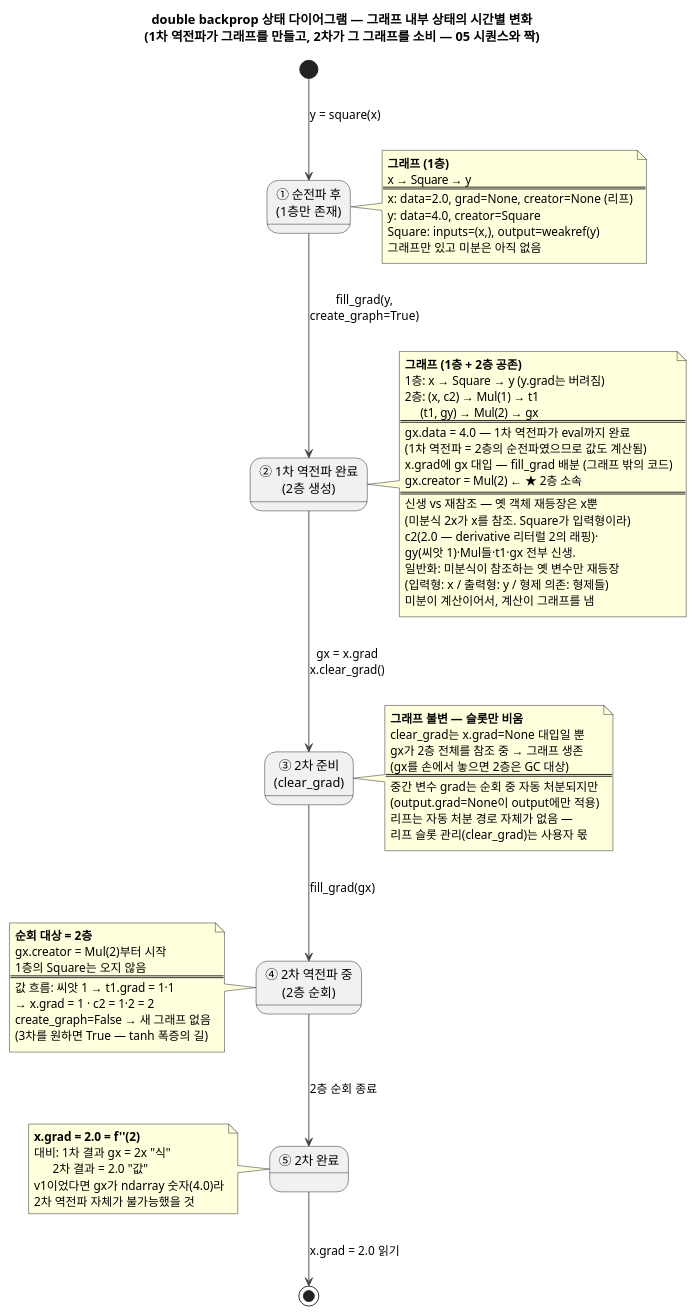
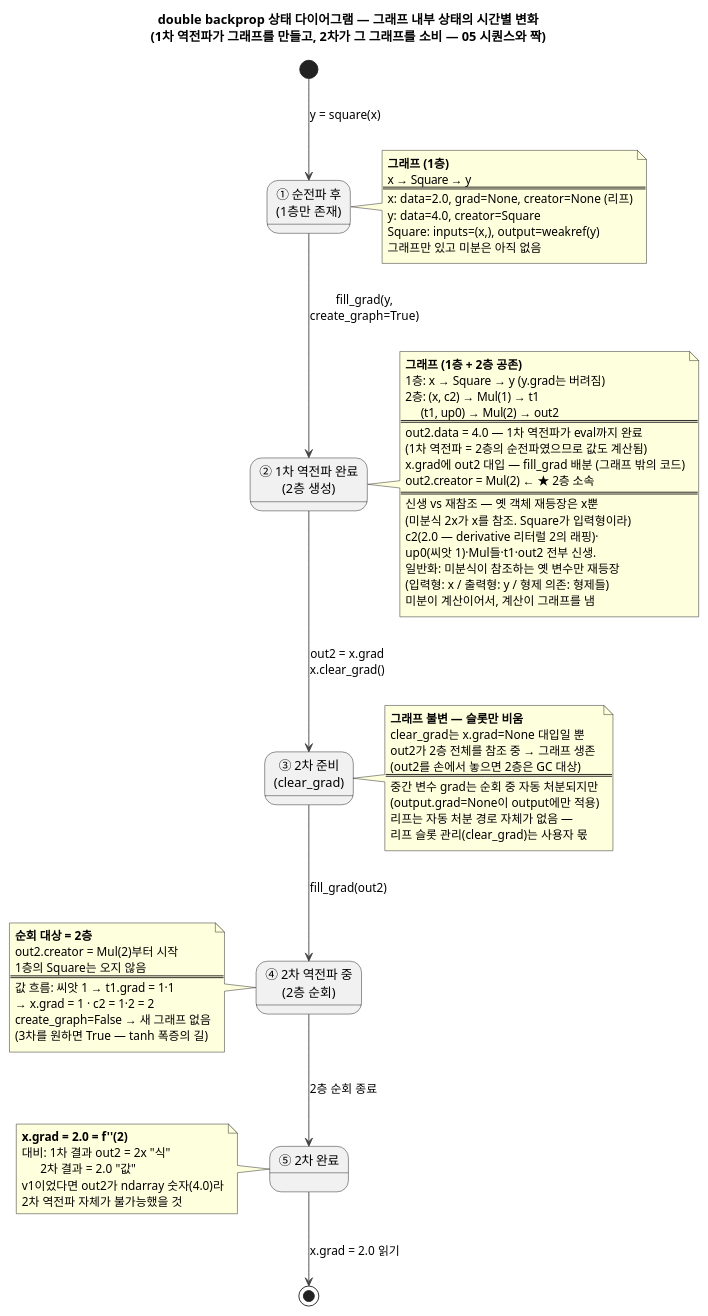
Before and after one commit to ghjang/deep-learning-from-scratch-3: the diagram in notes/diagrams/v2/06_double_backprop_states.puml, drawn with PlantUML. The commit also changed 4 other files, not shown here.

First line of the commit message:
docs(diagrams): 04~06 dezero 표기(gx/gy)를 rezero 표기로 개명 + 일관성 점검

```diff
--- a/notes/diagrams/v2/06_double_backprop_states.puml
+++ b/notes/diagrams/v2/06_double_backprop_states.puml
@@ -1,83 +1,83 @@
 @startuml 06_double_backprop_states
 title double backprop 상태 다이어그램 — 그래프 내부 상태의 시간별 변화\n(1차 역전파가 그래프를 만들고, 2차가 그 그래프를 소비 — 05 시퀀스와 짝)
 
 skinparam shadowing false
 skinparam state {
   ArrowColor #444444
 }
 
 state "① 순전파 후\n(1층만 존재)" as S1
 state "② 1차 역전파 완료\n(2층 생성)" as S2
 state "③ 2차 준비\n(clear_grad)" as S3
 state "④ 2차 역전파 중\n(2층 순회)" as S4
 state "⑤ 2차 완료" as S5
 
 [*] --> S1 : y = square(x)
 
 S1 --> S2 : fill_grad(y,\ncreate_graph=True)
-S2 --> S3 : gx = x.grad\nx.clear_grad()
-S3 --> S4 : fill_grad(gx)
+S2 --> S3 : out2 = x.grad\nx.clear_grad()
+S3 --> S4 : fill_grad(out2)
 S4 --> S5 : 2층 순회 종료
 S5 --> [*] : x.grad = 2.0 읽기
 
 note right of S1
   <b>그래프 (1층)</b>
   x → Square → y
   ====
   x: data=2.0, grad=None, creator=None (리프)
   y: data=4.0, creator=Square
   Square: inputs=(x,), output=weakref(y)
   그래프만 있고 미분은 아직 없음
 end note
 
 note right of S2
   <b>그래프 (1층 + 2층 공존)</b>
   1층: x → Square → y (y.grad는 버려짐)
   2층: (x, c2) → Mul(1) → t1
-       (t1, gy) → Mul(2) → gx
+       (t1, up0) → Mul(2) → out2
   ====
-  gx.data = 4.0 — 1차 역전파가 eval까지 완료
+  out2.data = 4.0 — 1차 역전파가 eval까지 완료
   (1차 역전파 = 2층의 순전파였으므로 값도 계산됨)
-  x.grad에 gx 대입 — fill_grad 배분 (그래프 밖의 코드)
-  gx.creator = Mul(2) ← ★ 2층 소속
+  x.grad에 out2 대입 — fill_grad 배분 (그래프 밖의 코드)
+  out2.creator = Mul(2) ← ★ 2층 소속
   ====
   신생 vs 재참조 — 옛 객체 재등장은 x뿐
   (미분식 2x가 x를 참조. Square가 입력형이라)
   c2(2.0 — derivative 리터럴 2의 래핑)·
-  gy(씨앗 1)·Mul들·t1·gx 전부 신생.
+  up0(씨앗 1)·Mul들·t1·out2 전부 신생.
   일반화: 미분식이 참조하는 옛 변수만 재등장
   (입력형: x / 출력형: y / 형제 의존: 형제들)
   미분이 계산이어서, 계산이 그래프를 냄
 end note
 
 note right of S3
   <b>그래프 불변 — 슬롯만 비움</b>
   clear_grad는 x.grad=None 대입일 뿐
-  gx가 2층 전체를 참조 중 → 그래프 생존
-  (gx를 손에서 놓으면 2층은 GC 대상)
+  out2가 2층 전체를 참조 중 → 그래프 생존
+  (out2를 손에서 놓으면 2층은 GC 대상)
   ====
   중간 변수 grad는 순회 중 자동 처분되지만
   (output.grad=None이 output에만 적용)
   리프는 자동 처분 경로 자체가 없음 —
   리프 슬롯 관리(clear_grad)는 사용자 몫
 end note
 
 note left of S4
   <b>순회 대상 = 2층</b>
-  gx.creator = Mul(2)부터 시작
+  out2.creator = Mul(2)부터 시작
   1층의 Square는 오지 않음
   ====
   값 흐름: 씨앗 1 → t1.grad = 1·1
   → x.grad = 1 · c2 = 1·2 = 2
   create_graph=False → 새 그래프 없음
   (3차를 원하면 True — tanh 폭증의 길)
 end note
 
 note left of S5
   <b>x.grad = 2.0 = f''(2)</b>
-  대비: 1차 결과 gx = 2x "식"
+  대비: 1차 결과 out2 = 2x "식"
         2차 결과 = 2.0 "값"
-  v1이었다면 gx가 ndarray 숫자(4.0)라
+  v1이었다면 out2가 ndarray 숫자(4.0)라
   2차 역전파 자체가 불가능했을 것
 end note
 @enduml
```
